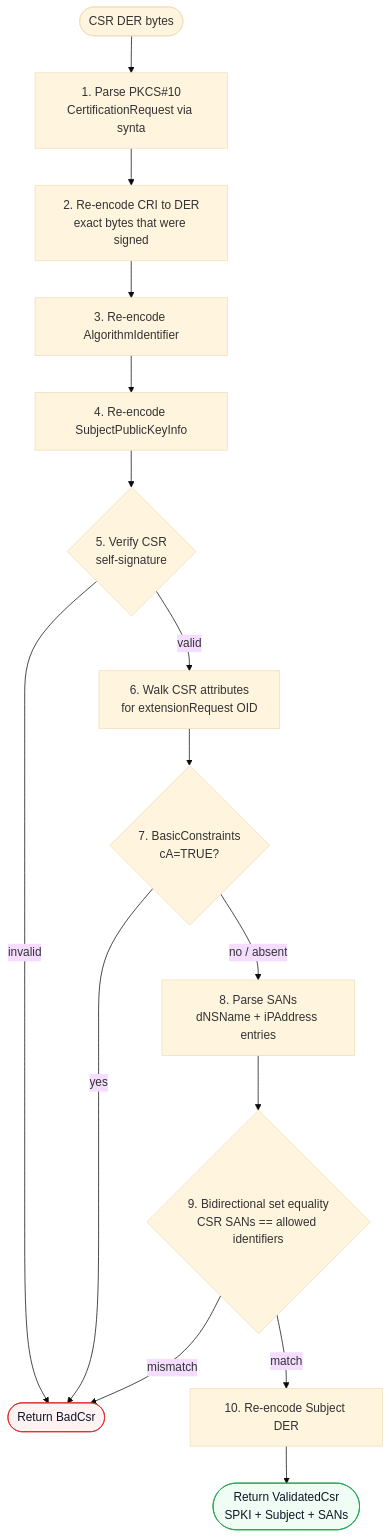
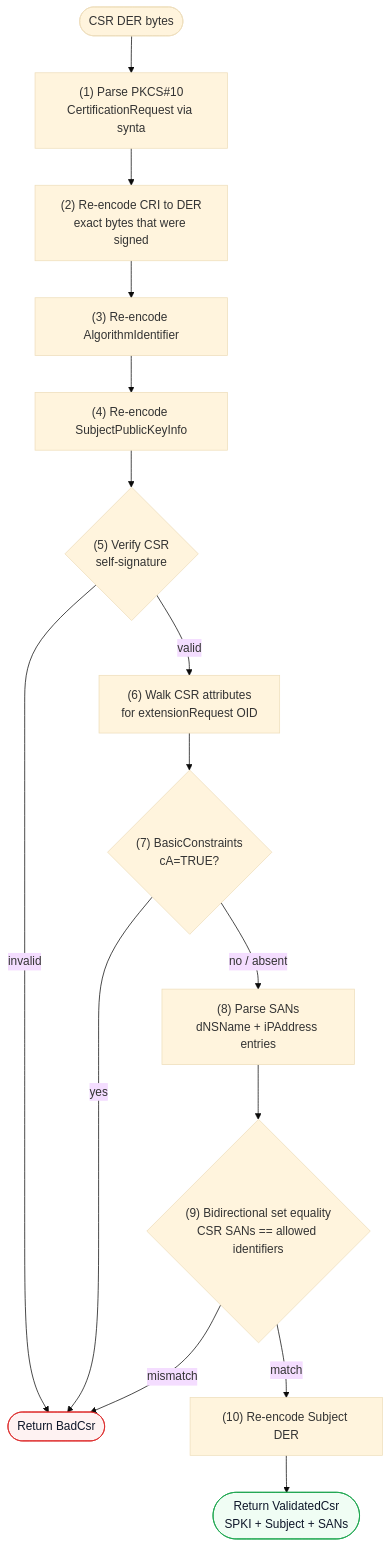
One commit to czinda/akamu changed the second of 2 diagrams in docs/src/developer/ca.md. Above: the diagram before and after it, drawn with Mermaid (base theme).

Commit message:
fix(docs): fix Mermaid CSR flowchart list-syntax false positive
Node labels starting with "N. " are parsed as ordered-list items
by Mermaid's markdown renderer, producing "Unsupported markdown: list"
instead of rendering the label text.  Replace "N." with "(N)" so the
numbered step prefix is treated as plain text.

````diff
--- a/docs/src/developer/ca.md
+++ b/docs/src/developer/ca.md
@@ -76,22 +76,22 @@
 ```mermaid
 flowchart TD
-    A([CSR DER bytes]) --> B["1. Parse PKCS#10<br/>CertificationRequest via synta"]
-    B --> C["2. Re-encode CRI to DER<br/>exact bytes that were signed"]
-    C --> D[3. Re-encode AlgorithmIdentifier]
-    D --> E[4. Re-encode SubjectPublicKeyInfo]
-    E --> F{"5. Verify CSR<br/>self-signature"}
+    A([CSR DER bytes]) --> B["(1) Parse PKCS#10<br/>CertificationRequest via synta"]
+    B --> C["(2) Re-encode CRI to DER<br/>exact bytes that were signed"]
+    C --> D["(3) Re-encode AlgorithmIdentifier"]
+    D --> E["(4) Re-encode SubjectPublicKeyInfo"]
+    E --> F{"(5) Verify CSR<br/>self-signature"}
     F -->|invalid| FAIL([Return BadCsr])
-    F -->|valid| G["6. Walk CSR attributes<br/>for extensionRequest OID"]
-    G --> H{"7. BasicConstraints<br/>cA=TRUE?"}
+    F -->|valid| G["(6) Walk CSR attributes<br/>for extensionRequest OID"]
+    G --> H{"(7) BasicConstraints<br/>cA=TRUE?"}
     H -->|yes| FAIL
-    H -->|no / absent| I["8. Parse SANs<br/>dNSName + iPAddress entries"]
-    I --> J{"9. Bidirectional set equality<br/>CSR SANs == allowed identifiers"}
+    H -->|no / absent| I["(8) Parse SANs<br/>dNSName + iPAddress entries"]
+    I --> J{"(9) Bidirectional set equality<br/>CSR SANs == allowed identifiers"}
     J -->|mismatch| FAIL
-    J -->|match| K[10. Re-encode Subject DER]
+    J -->|match| K["(10) Re-encode Subject DER"]
     K --> L(["Return ValidatedCsr<br/>SPKI + Subject + SANs"])
 
     classDef ok   fill:#f0fdf4,stroke:#16a34a,color:#0f172a
     classDef fail fill:#fef2f2,stroke:#dc2626,color:#0f172a
     class L ok
     class FAIL fail
 ```
````
